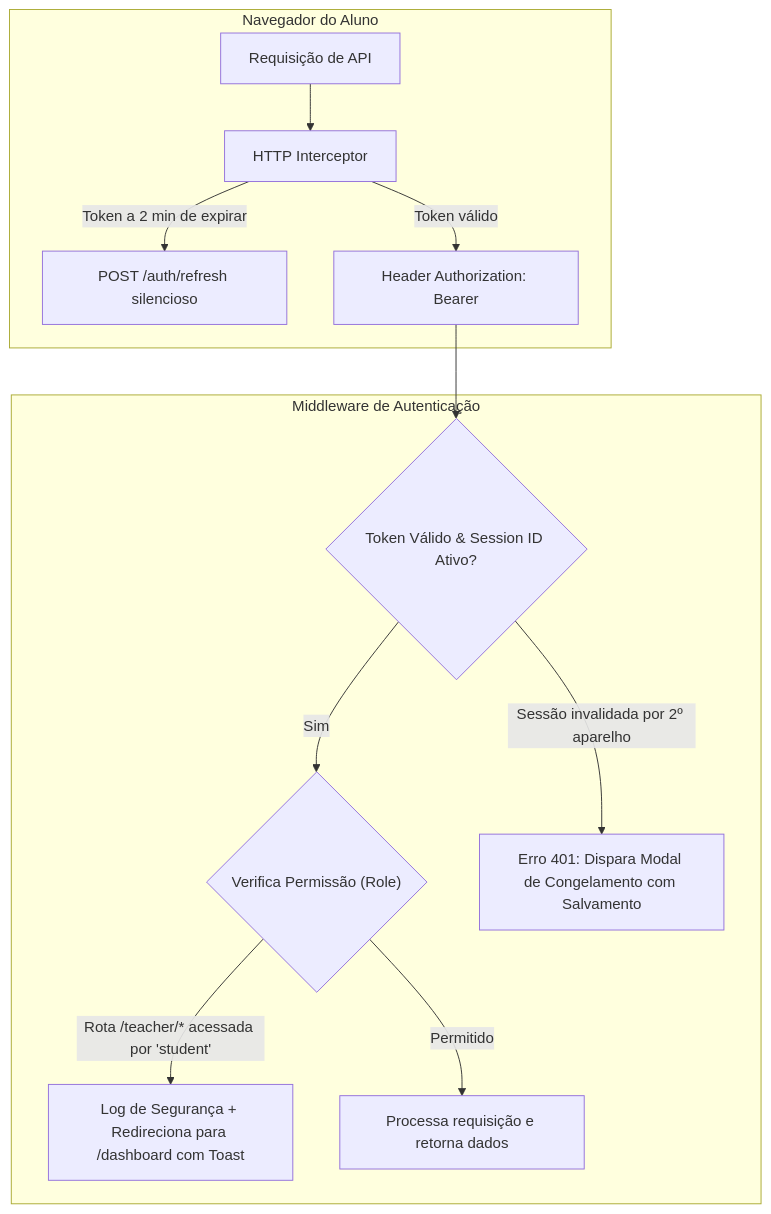
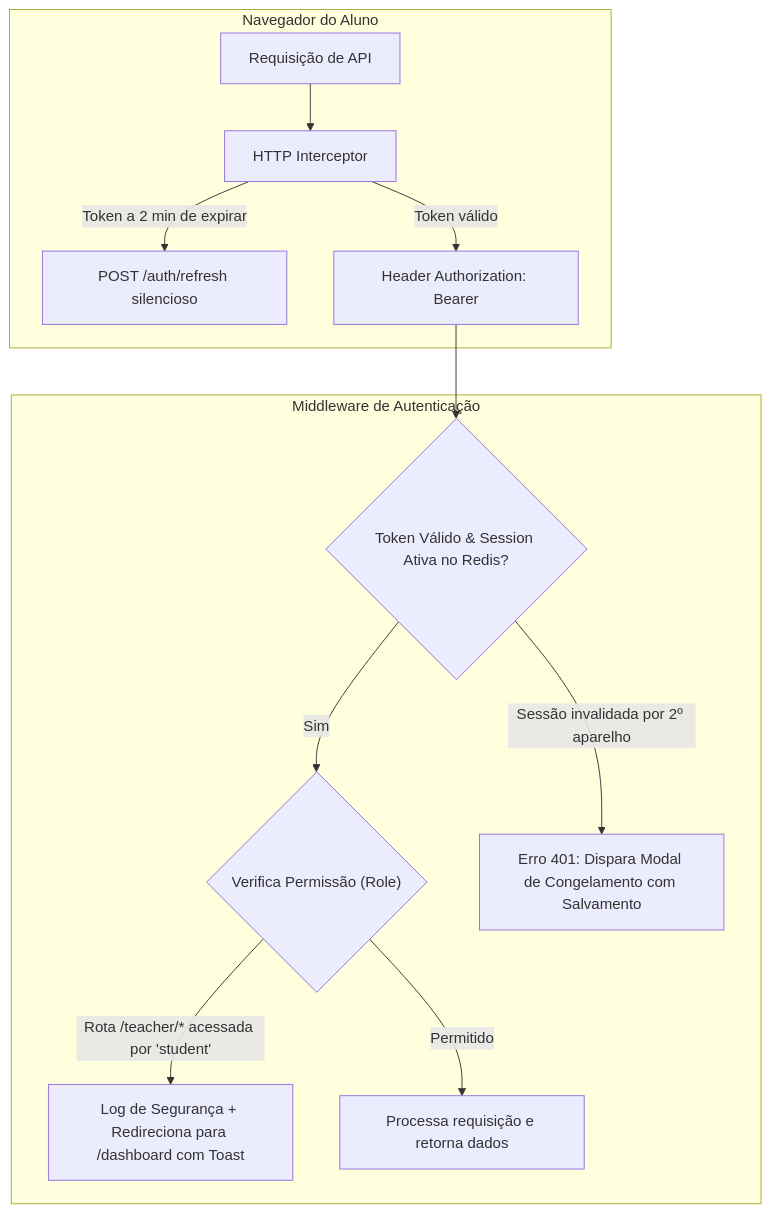
Before and after one commit to SiadeLucas/Tutor-Inteligente: the third of 3 diagrams in docs/knowledge/data-architecture.md, drawn with Mermaid. The commit also changed other lines of this file and 40 other files, not shown here.

````diff
--- a/docs/knowledge/data-architecture.md
+++ b/docs/knowledge/data-architecture.md
@@ -201,17 +220,17 @@
 ```mermaid
 flowchart TD
     subgraph Cliente["Navegador do Aluno"]
         Req["Requisição de API"] --> Interceptor["HTTP Interceptor"]
         Interceptor -->|Token a 2 min de expirar| RefreshCall["POST /auth/refresh silencioso"]
         Interceptor -->|Token válido| Dispatch["Header Authorization: Bearer"]
     end
     
     subgraph Servidor["Middleware de Autenticação"]
-        Dispatch --> AuthCheck{"Token Válido & Session ID Ativo?"}
+        Dispatch --> AuthCheck{"Token Válido & Session Ativa no Redis?"}
         AuthCheck -->|Sim| RoleCheck{"Verifica Permissão (Role)"}
         AuthCheck -->|Sessão invalidada por 2º aparelho| Freeze["Erro 401: Dispara Modal de Congelamento com Salvamento"]
         
         RoleCheck -->|"Rota /teacher/* acessada por 'student'"| Redirect["Log de Segurança + Redireciona para /dashboard com Toast"]
         RoleCheck -->|Permitido| Endpoint["Processa requisição e retorna dados"]
     end
 ```
````
